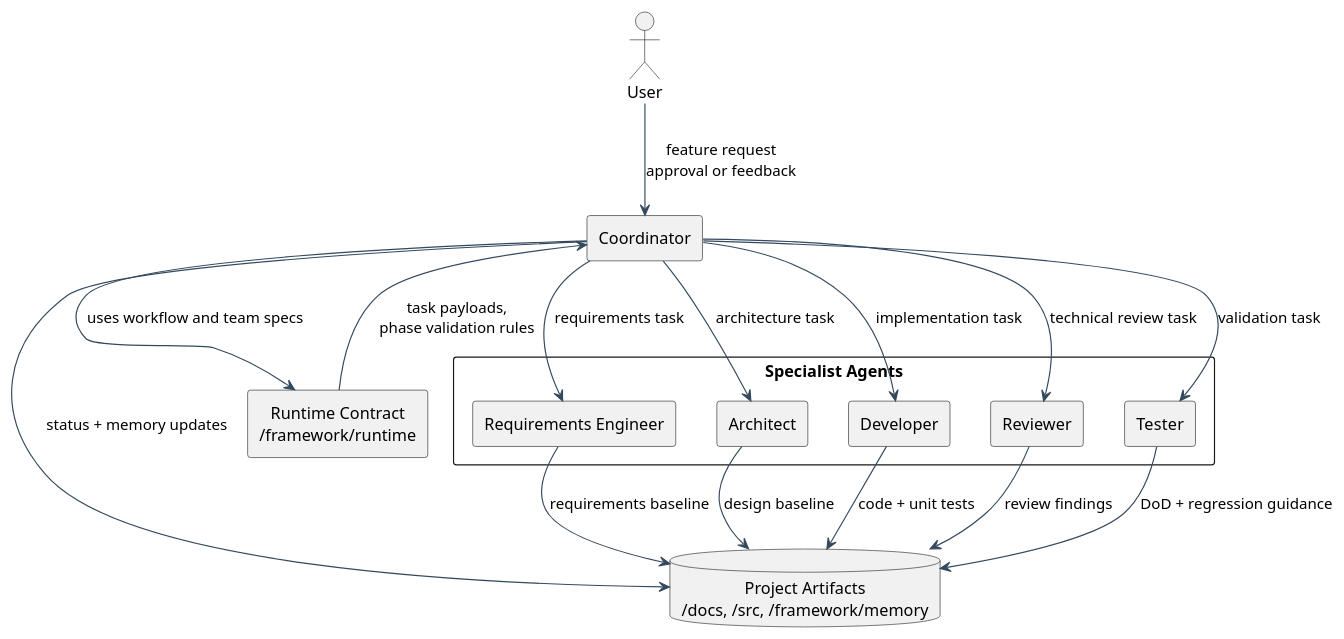
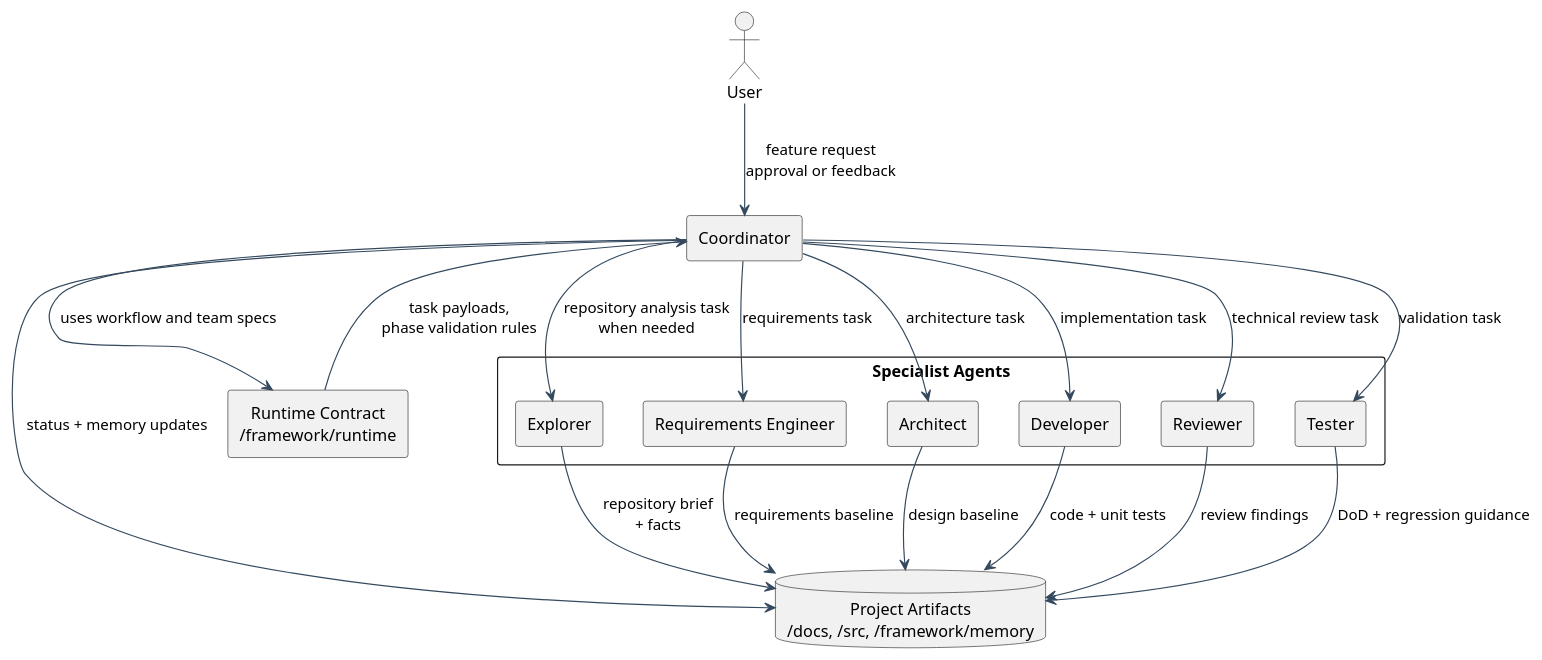
The first of 6 diagrams in framework/documentation/development-team-system.adoc (adriebaselmans/ai-dev-team-core), drawn with PlantUML before and after one commit. The commit also changed other lines of this file and 33 other files, not shown here.

```diff
--- a/framework/documentation/development-team-system.adoc
+++ b/framework/documentation/development-team-system.adoc
@@ -36,39 +38,42 @@
 [plantuml,team-system-context,svg]
 ----
 @startuml
 skinparam backgroundColor transparent
 skinparam shadowing false
 skinparam packageStyle rectangle
 skinparam ArrowColor #34495e
 skinparam DefaultTextAlignment center
 
 actor User
 rectangle "Coordinator" as Coordinator
 rectangle "Specialist Agents" as Specialists {
+  rectangle "Explorer" as Explorer
   rectangle "Requirements Engineer" as RE
   rectangle "Architect" as Arch
   rectangle "Developer" as Dev
   rectangle "Reviewer" as Rev
   rectangle "Tester" as Test
 }
 database "Project Artifacts\n/docs, /src, /framework/memory" as Artifacts
 rectangle "Runtime Contract\n/framework/runtime" as Runtime
 
 User --> Coordinator : feature request\napproval or feedback
+Coordinator --> Explorer : repository analysis task\nwhen needed
 Coordinator --> RE : requirements task
 Coordinator --> Arch : architecture task
 Coordinator --> Dev : implementation task
 Coordinator --> Rev : technical review task
 Coordinator --> Test : validation task
 
+Explorer --> Artifacts : repository brief\n+ facts
 RE --> Artifacts : requirements baseline
 Arch --> Artifacts : design baseline
 Dev --> Artifacts : code + unit tests
 Rev --> Artifacts : review findings
 Test --> Artifacts : DoD + regression guidance
 
 Coordinator --> Artifacts : status + memory updates
 Coordinator --> Runtime : uses workflow and team specs
 Runtime --> Coordinator : task payloads,\nphase validation rules
 @enduml
 ----
```
